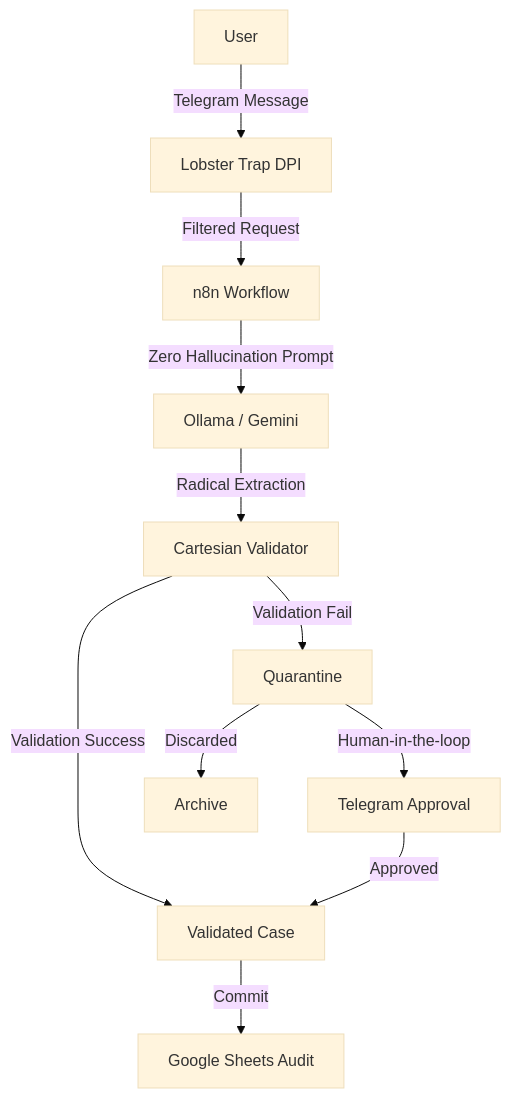
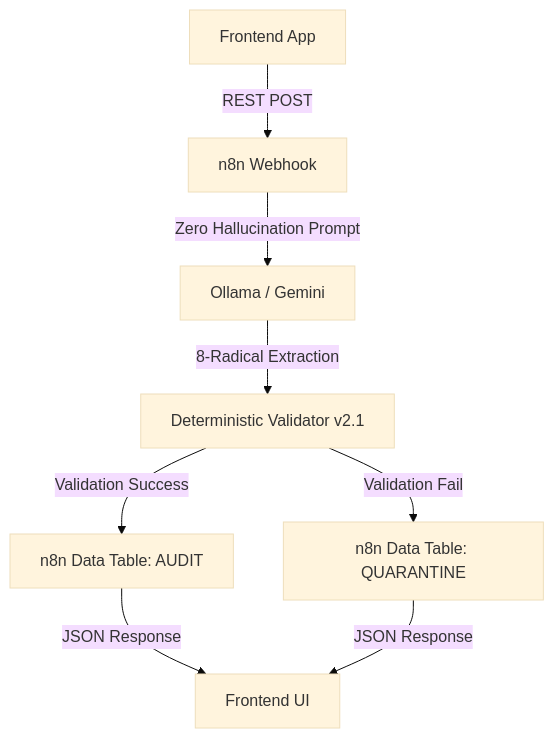
The first of 2 diagrams in README.md (AlexusPacicus/TridenGuard), drawn with Mermaid (base theme) before and after one commit. The commit also changed other lines of this file and 5 other files, not shown here.

Commit message:
feat: REST API migration for hackathon - Webhook trigger, Lobster Trap DPI, and 8-radical ontology

````diff
--- a/README.md
+++ b/README.md
@@ -33,13 +31,10 @@
 ```mermaid
 graph TD
-    A[User] -->|Telegram Message| B[Lobster Trap DPI]
-    B -->|Filtered Request| C[n8n Workflow]
-    C -->|Zero Hallucination Prompt| D[Ollama / Gemini]
-    D -->|Radical Extraction| E[Cartesian Validator]
-    E -->|Validation Fail| F[Quarantine]
-    E -->|Validation Success| G[Validated Case]
-    F -->|Human-in-the-loop| H[Telegram Approval]
-    H -->|Approved| G
-    G -->|Commit| I[Google Sheets Audit]
-    F -->|Discarded| J[Archive]
+    A[Frontend App] -->|REST POST| B[n8n Webhook]
+    B -->|Zero Hallucination Prompt| C[Ollama / Gemini]
+    C -->|8-Radical Extraction| D[Deterministic Validator v2.1]
+    D -->|Validation Success| E[n8n Data Table: AUDIT]
+    D -->|Validation Fail| F[n8n Data Table: QUARANTINE]
+    E -->|JSON Response| G[Frontend UI]
+    F -->|JSON Response| G
 ```
````
